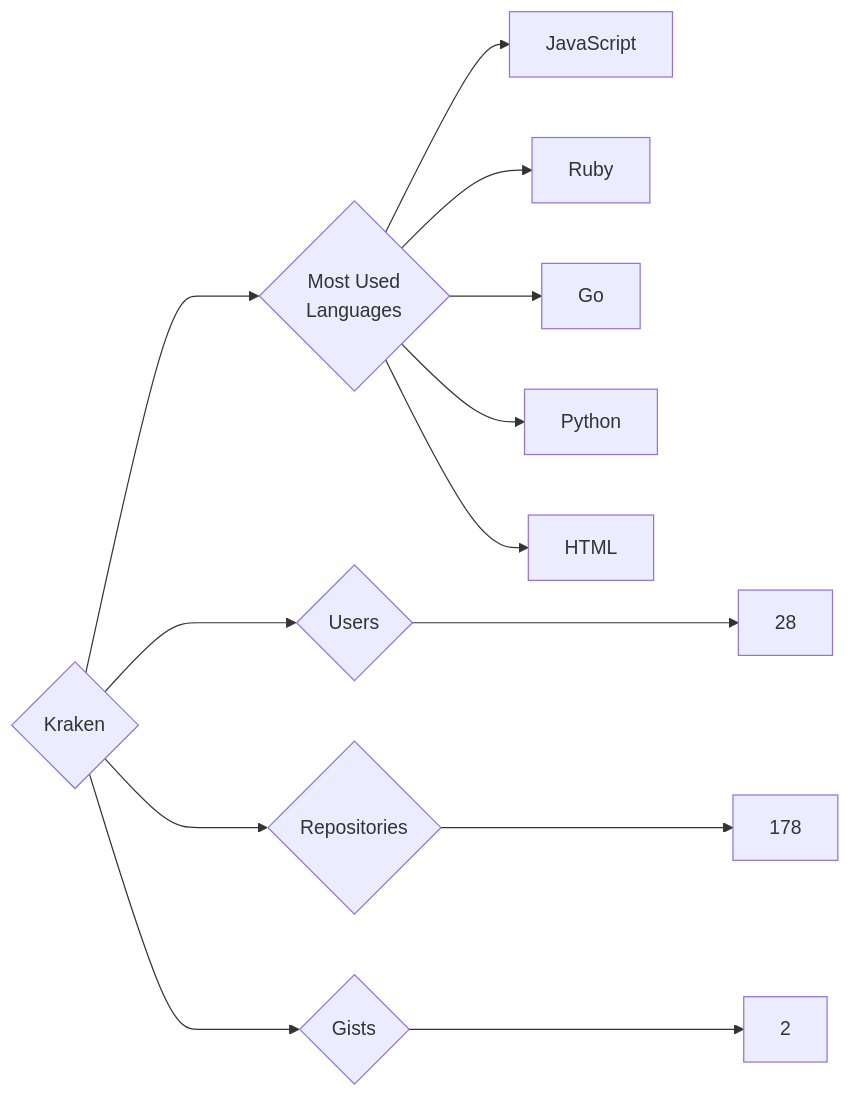
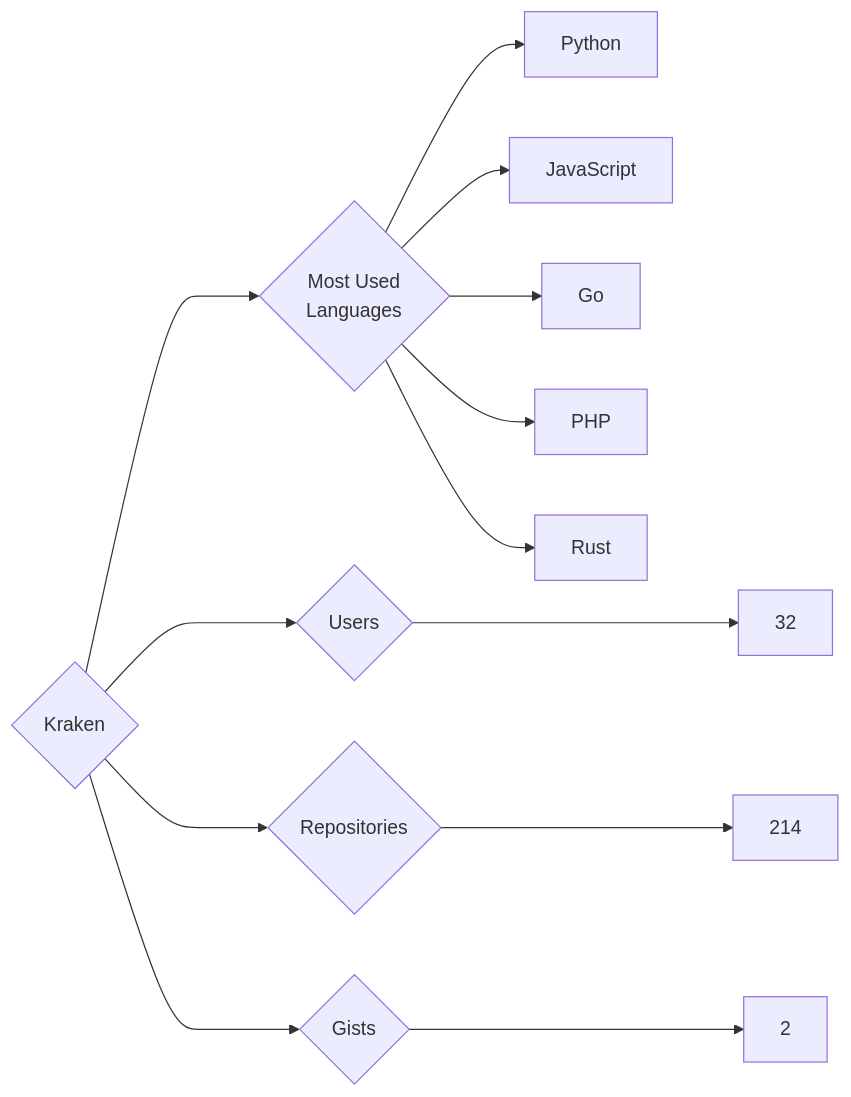
Before and after one commit to trickest/insiders: the diagram in targets/Kraken/README.md, drawn with Mermaid. The commit also changed 845 other files, not shown here.

````diff
--- a/targets/Kraken/README.md
+++ b/targets/Kraken/README.md
@@ -3,13 +3,13 @@
 ```mermaid
 graph LR
 COMPANY_NAME{Kraken}
-COMPANY_NAME ---> U{Users} ---> UN[28]
-COMPANY_NAME ---> R{Repositories} ---> RN[178]
+COMPANY_NAME ---> U{Users} ---> UN[32]
+COMPANY_NAME ---> R{Repositories} ---> RN[214]
 COMPANY_NAME ---> G{Gists} ---> GN[2]
 COMPANY_NAME ---> ML{Most Used<br>Languages}
+ML --> Python[Python]
 ML --> JavaScript[JavaScript]
-ML --> Ruby[Ruby]
 ML --> Go[Go]
-ML --> Python[Python]
-ML --> HTML[HTML]
+ML --> PHP[PHP]
+ML --> Rust[Rust]
 ```
````
